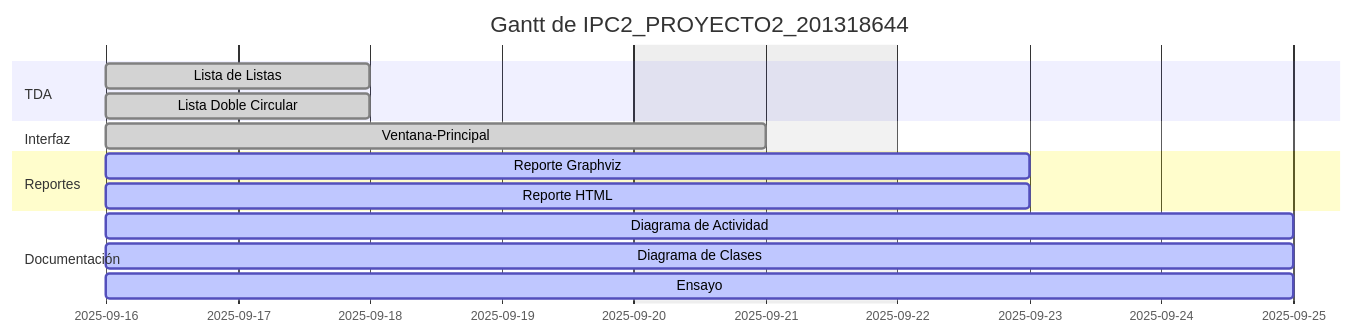
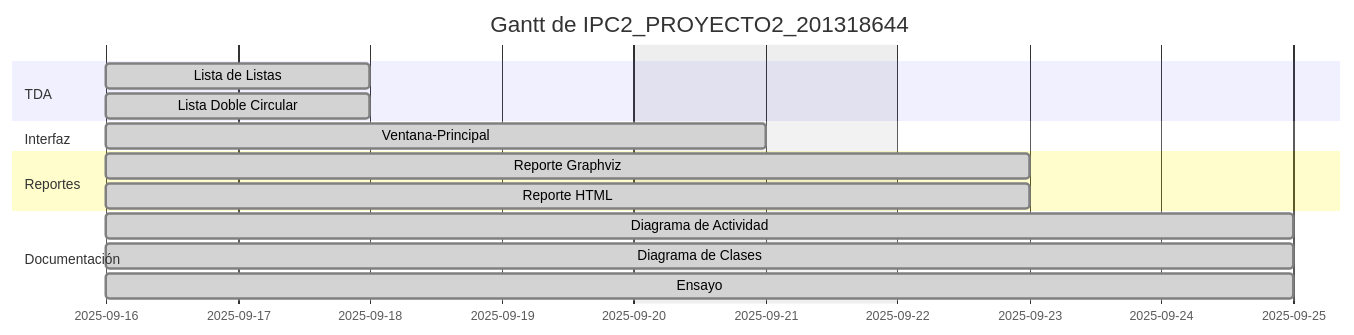
Before and after one commit to MynorCifuentes/GuateRiegos-2.0: the diagram in docs/gantt.md, drawn with Mermaid.

Commit message:
Actualiza diagrama de Gantt automático

````diff
--- a/docs/gantt.md
+++ b/docs/gantt.md
@@ -1,18 +1,18 @@
 ```mermaid
 gantt
     dateFormat  YYYY-MM-DD
     title Gantt de IPC2_PROYECTO2_201318644
     excludes    weekends
     section TDA
     Lista de Listas :done, 2, 2025-09-16, 2025-09-18
     Lista Doble Circular :done, 1, 2025-09-16, 2025-09-18
     section Interfaz
     Ventana-Principal :done, 3, 2025-09-16, 2025-09-21
     section Reportes
-    Reporte Graphviz :active, 8, 2025-09-16, 2025-09-23
-    Reporte HTML :active, 7, 2025-09-16, 2025-09-23
+    Reporte Graphviz :done, 8, 2025-09-16, 2025-09-23
+    Reporte HTML :done, 7, 2025-09-16, 2025-09-23
     section Documentación
-    Diagrama de Actividad :active, 6, 2025-09-16, 2025-09-25
-    Diagrama de Clases :active, 5, 2025-09-16, 2025-09-25
-    Ensayo :active, 4, 2025-09-16, 2025-09-25
+    Diagrama de Actividad :done, 6, 2025-09-16, 2025-09-25
+    Diagrama de Clases :done, 5, 2025-09-16, 2025-09-25
+    Ensayo :done, 4, 2025-09-16, 2025-09-25
 ```
````
